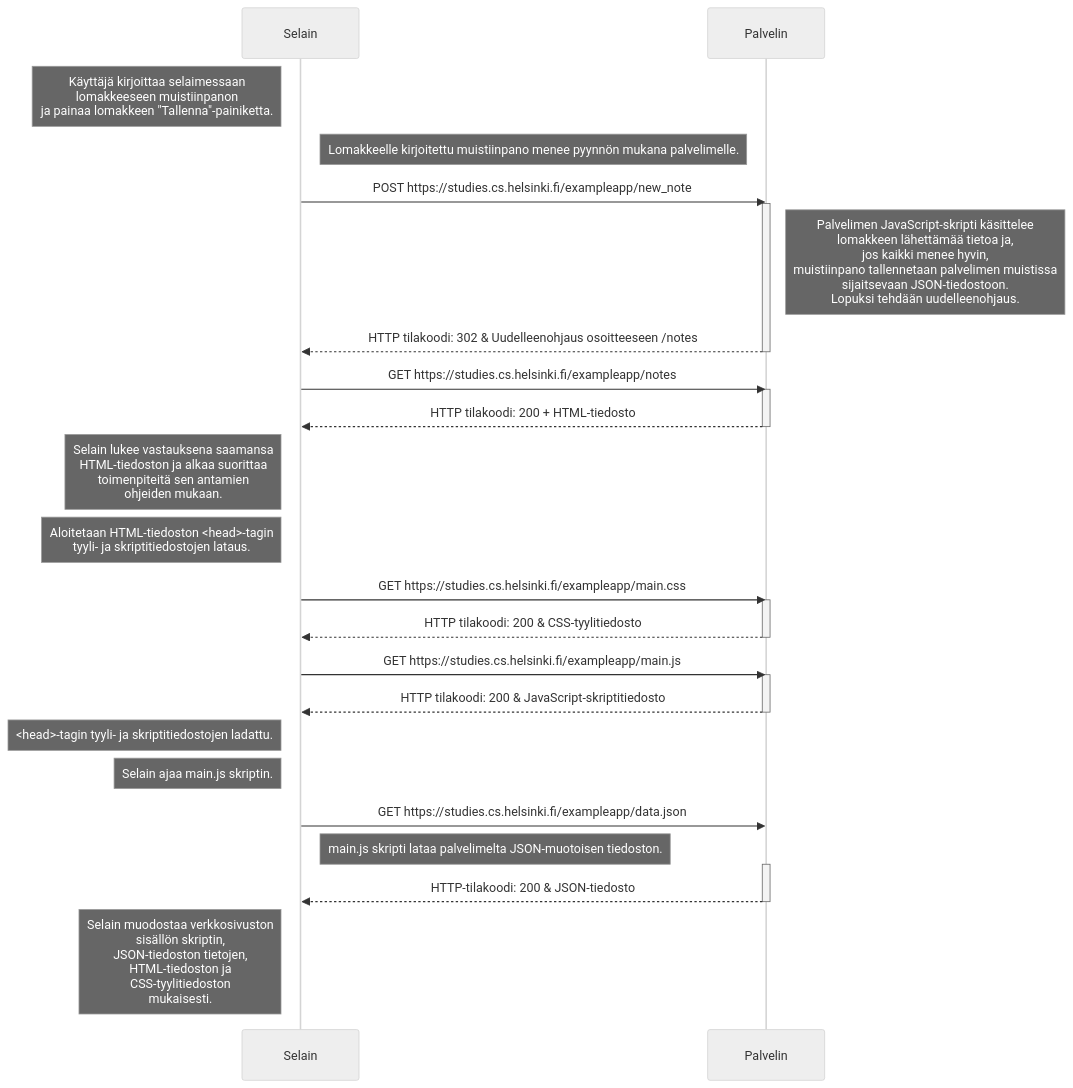
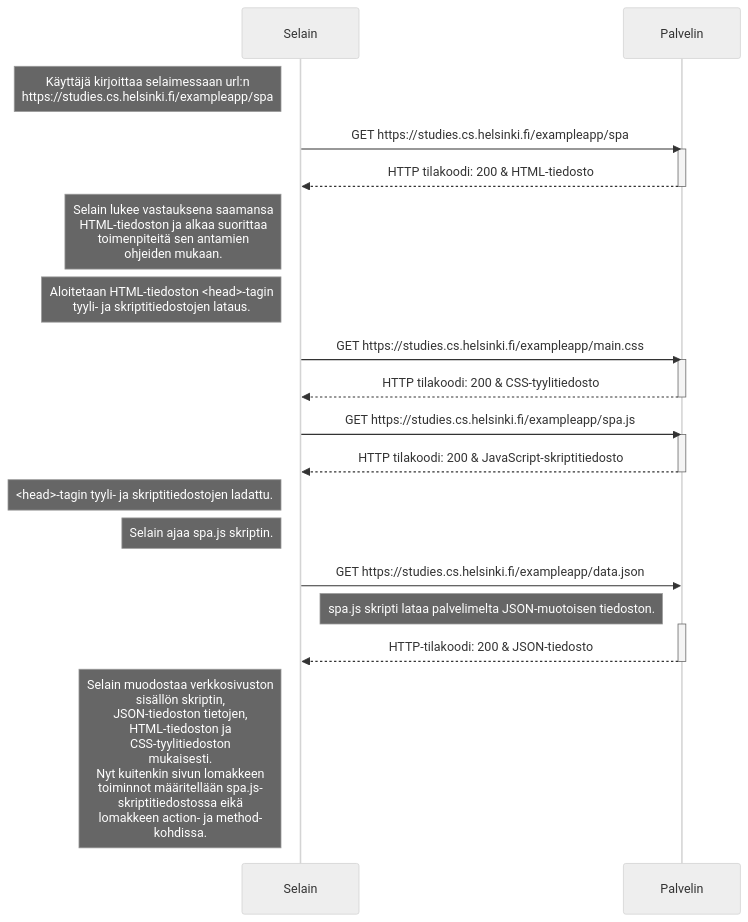
The diagram in osa0/T0.5.md (shamaanikala/FullStack-HY-k2023), drawn with Mermaid (neutral theme) before and after one commit.

Commit message:
Vastaus tehtävään suurin piirtein valmis

````diff
--- a/osa0/T0.5.md
+++ b/osa0/T0.5.md
@@ -1,45 +1,38 @@
 ```mermaid
 sequenceDiagram
     participant Selain
     participant Palvelin
     
-    Note left of Selain: Käyttäjä kirjoittaa selaimessaan<br>lomakkeeseen muistiinpanon<br>ja painaa lomakkeen "Tallenna"-painiketta.
+    Note left of Selain: Käyttäjä kirjoittaa selaimessaan url:n<br>https://studies.cs.helsinki.fi/exampleapp/spa
     
-    Note right of Selain: Lomakkeelle kirjoitettu muistiinpano menee pyynnön mukana palvelimelle.
-    Selain->>Palvelin: POST https://studies.cs.helsinki.fi/exampleapp/new_note
+    Selain->>Palvelin: GET https://studies.cs.helsinki.fi/exampleapp/spa
     activate Palvelin
-    Note right of Palvelin: Palvelimen JavaScript-skripti käsittelee<br>lomakkeen lähettämää tietoa ja,<br>jos kaikki menee hyvin,<br>muistiinpano tallennetaan palvelimen muistissa<br>sijaitsevaan JSON-tiedostoon.<br>Lopuksi tehdään uudelleenohjaus.
-    Palvelin-->>Selain: HTTP tilakoodi: 302 & Uudelleenohjaus osoitteeseen /notes
-    deactivate Palvelin
-    
-    Selain->>Palvelin: GET https://studies.cs.helsinki.fi/exampleapp/notes
-    activate Palvelin
-    Palvelin-->>Selain: HTTP tilakoodi: 200 + HTML-tiedosto
+    Palvelin-->>Selain: HTTP tilakoodi: 200 & HTML-tiedosto
     deactivate Palvelin
     
     Note left of Selain: Selain lukee vastauksena saamansa<br>HTML-tiedoston ja alkaa suorittaa<br>toimenpiteitä sen antamien<br>ohjeiden mukaan.
     
     Note left of Selain: Aloitetaan HTML-tiedoston <head>-tagin<br>tyyli- ja skriptitiedostojen lataus.
     
     Selain->>Palvelin: GET https://studies.cs.helsinki.fi/exampleapp/main.css
     activate Palvelin
     Palvelin-->>Selain: HTTP tilakoodi: 200 & CSS-tyylitiedosto
     deactivate Palvelin
     
-    Selain->>Palvelin: GET https://studies.cs.helsinki.fi/exampleapp/main.js
+    Selain->>Palvelin: GET https://studies.cs.helsinki.fi/exampleapp/spa.js
     activate Palvelin
     Palvelin-->>Selain: HTTP tilakoodi: 200 & JavaScript-skriptitiedosto
     deactivate Palvelin
     
     Note left of Selain: <head>-tagin tyyli- ja skriptitiedostojen ladattu.
     
-    Note left of Selain: Selain ajaa main.js skriptin.
+    Note left of Selain: Selain ajaa spa.js skriptin.
     
     Selain->>Palvelin: GET https://studies.cs.helsinki.fi/exampleapp/data.json
-    Note right of Selain: main.js skripti lataa palvelimelta JSON-muotoisen tiedoston.
+    Note right of Selain: spa.js skripti lataa palvelimelta JSON-muotoisen tiedoston.
     activate Palvelin
     Palvelin-->>Selain: HTTP-tilakoodi: 200 & JSON-tiedosto
     deactivate Palvelin
     
-    Note left of Selain: Selain muodostaa verkkosivuston<br>sisällön skriptin,<br>JSON-tiedoston tietojen,<br>HTML-tiedoston ja<br>CSS-tyylitiedoston<br>mukaisesti.
+    Note left of Selain: Selain muodostaa verkkosivuston<br>sisällön skriptin,<br>JSON-tiedoston tietojen,<br>HTML-tiedoston ja<br>CSS-tyylitiedoston<br>mukaisesti.<br>Nyt kuitenkin sivun lomakkeen<br>toiminnot määritellään spa.js-<br>skriptitiedostossa eikä<br>lomakkeen action- ja method-<br>kohdissa.
 ```
````
